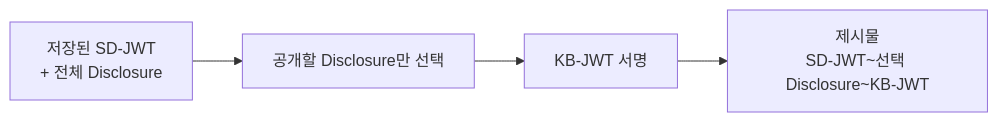
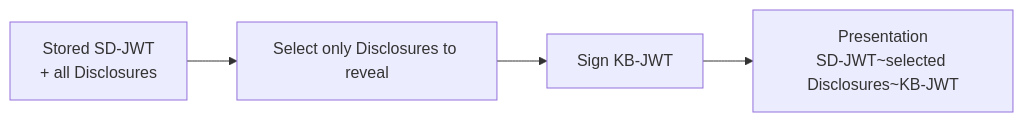
One commit to OmniOneID/poc-oid4vc changed the first of 4 diagrams in docs/concepts/sdjwt/sdjwt_presentation_and_verification.md. Above: the diagram before and after it, drawn with Mermaid. The commit also changed other lines of this file and 29 other files, not shown here.

````diff
--- a/docs/concepts/sdjwt/sdjwt_presentation_and_verification.md
+++ b/docs/concepts/sdjwt/sdjwt_presentation_and_verification.md
@@ -36,6 +36,6 @@
 ```mermaid
 flowchart LR
-    S[저장된 SD-JWT<br/>+ 전체 Disclosure] --> Sel[공개할 Disclosure만 선택]
-    Sel --> KB[KB-JWT 서명]
-    KB --> P["제시물<br/>SD-JWT~선택 Disclosure~KB-JWT"]
+    S[Stored SD-JWT<br/>+ all Disclosures] --> Sel[Select only Disclosures to reveal]
+    Sel --> KB[Sign KB-JWT]
+    KB --> P["Presentation<br/>SD-JWT~selected Disclosures~KB-JWT"]
 ```
````
